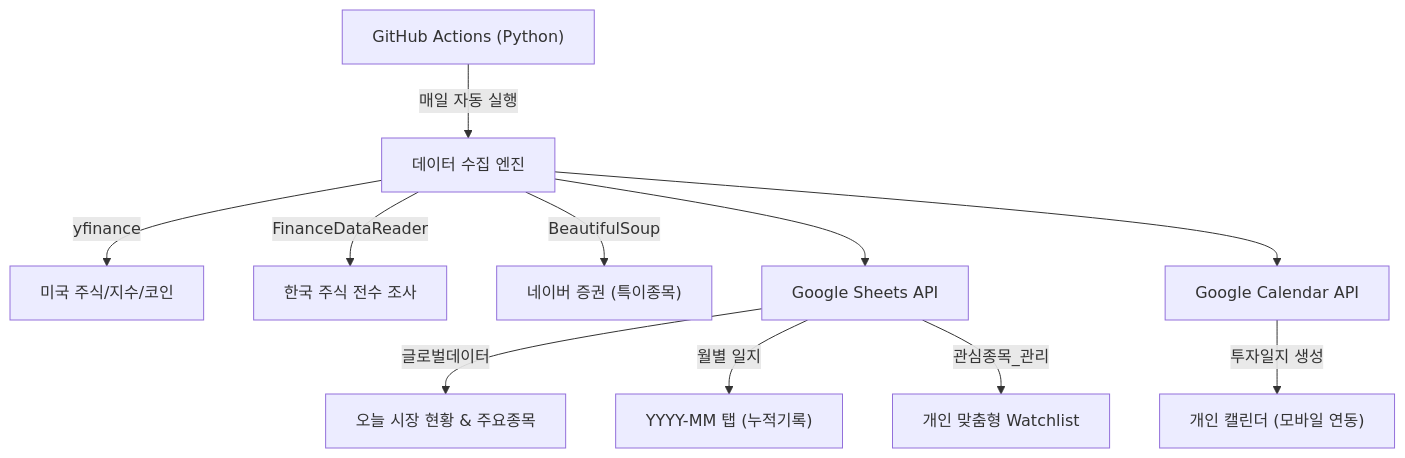
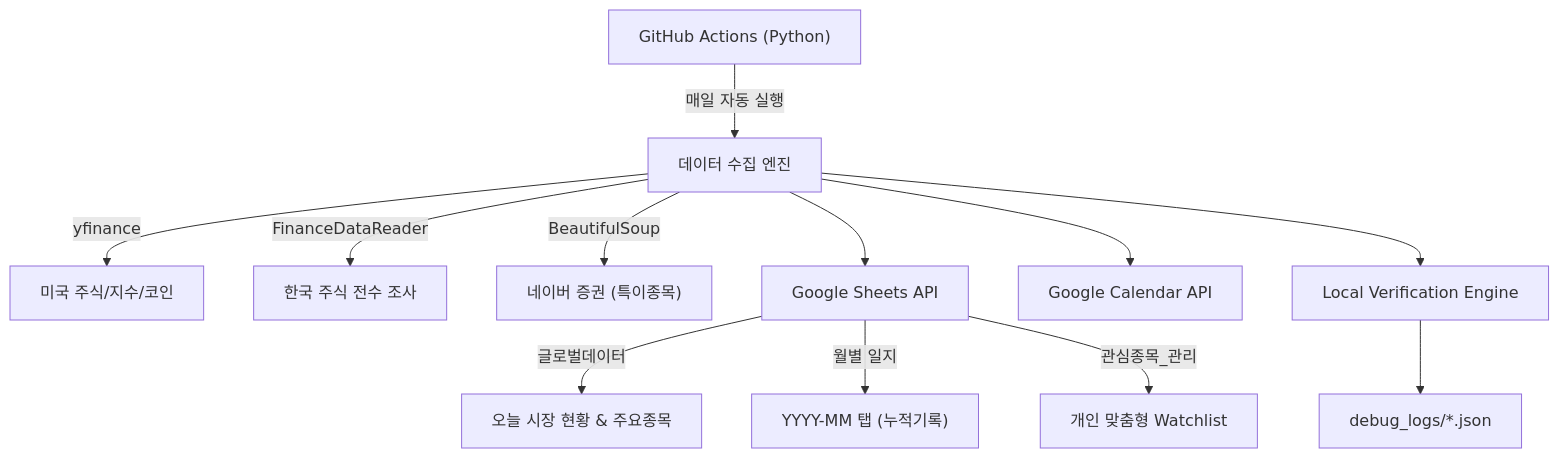
Before and after one commit to Alexnetster/GoogleSheetStockUpdater: the diagram in README.md, drawn with Mermaid. The commit also changed other lines of this file and 4 other files, not shown here.

````diff
--- a/README.md
+++ b/README.md
@@ -25,15 +26,16 @@
 ```mermaid
 graph TD
     A["GitHub Actions (Python)"] -->|매일 자동 실행| B["데이터 수집 엔진"]
     B -->|yfinance| C["미국 주식/지수/코인"]
     B -->|FinanceDataReader| D["한국 주식 전수 조사"]
     B -->|BeautifulSoup| E["네이버 증권 (특이종목)"]
     
     B --> F["Google Sheets API"]
     F -->|글로벌데이터| G["오늘 시장 현황 & 주요종목"]
     F -->|월별 일지| H["YYYY-MM 탭 (누적기록)"]
     F -->|관심종목_관리| I["개인 맞춤형 Watchlist"]
     
     B --> J["Google Calendar API"]
-    J -->|투자일지 생성| K["개인 캘린더 (모바일 연동)"]
+    B --> L["Local Verification Engine"]
+    L --> M["debug_logs/*.json"]
 ```
````
